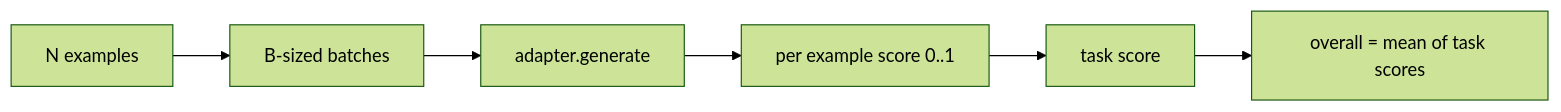
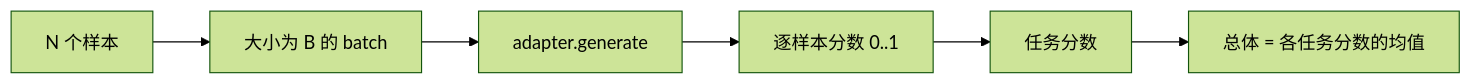
One commit to JerryC8080/ai-engineering-from-scratch-zh changed the second of 2 diagrams in phases/19-capstone-projects/49-lm-eval-harness/docs/zh.md. Above: the diagram before and after it, drawn with Mermaid (forest theme). The commit also changed other lines of this file and 156 other files, not shown here.

First line of the commit message:
i18n(zh): translate mermaid diagram labels in 157 lesson zh.md

````diff
--- a/phases/19-capstone-projects/49-lm-eval-harness/docs/zh.md
+++ b/phases/19-capstone-projects/49-lm-eval-harness/docs/zh.md
@@ -99,8 +99,8 @@
 ```mermaid
 flowchart LR
-  examples[N examples] --> batches[B-sized batches]
+  examples[N 个样本] --> batches[大小为 B 的 batch]
   batches --> adapter[adapter.generate]
-  adapter --> per[per example score 0..1]
-  per --> avg[task score]
-  avg --> over[overall = mean of task scores]
+  adapter --> per[逐样本分数 0..1]
+  per --> avg[任务分数]
+  avg --> over[总体 = 各任务分数的均值]
 ```
````
